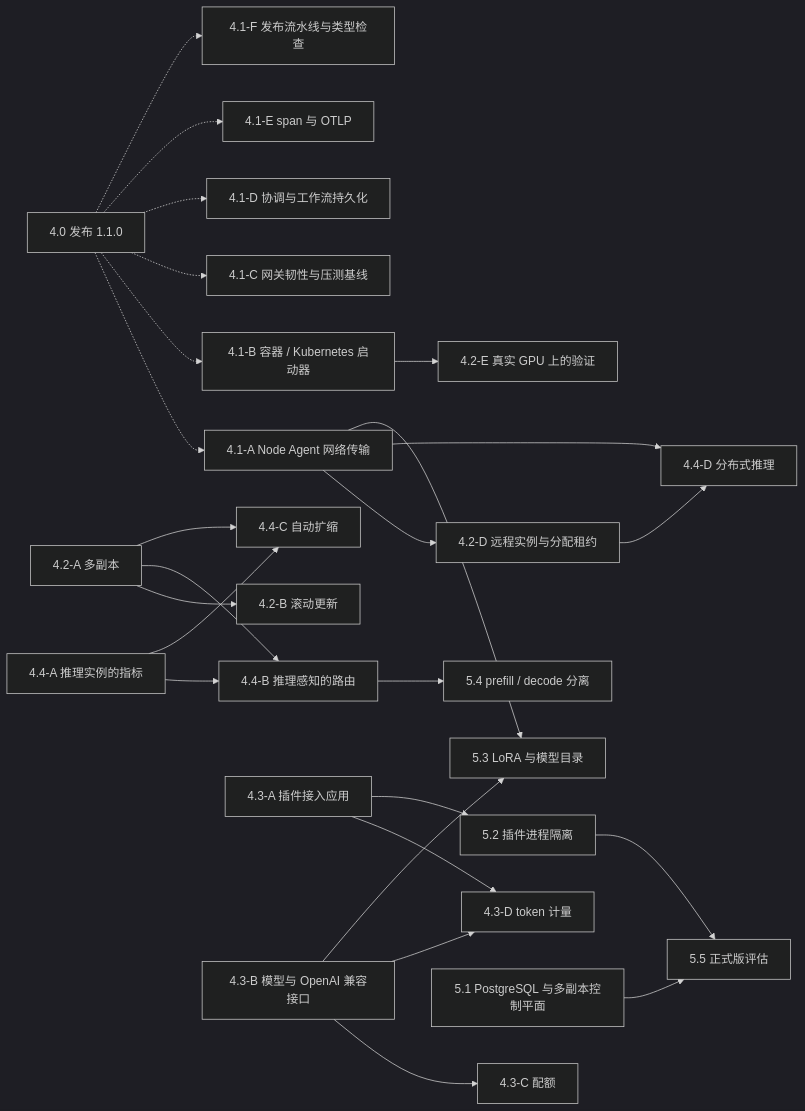
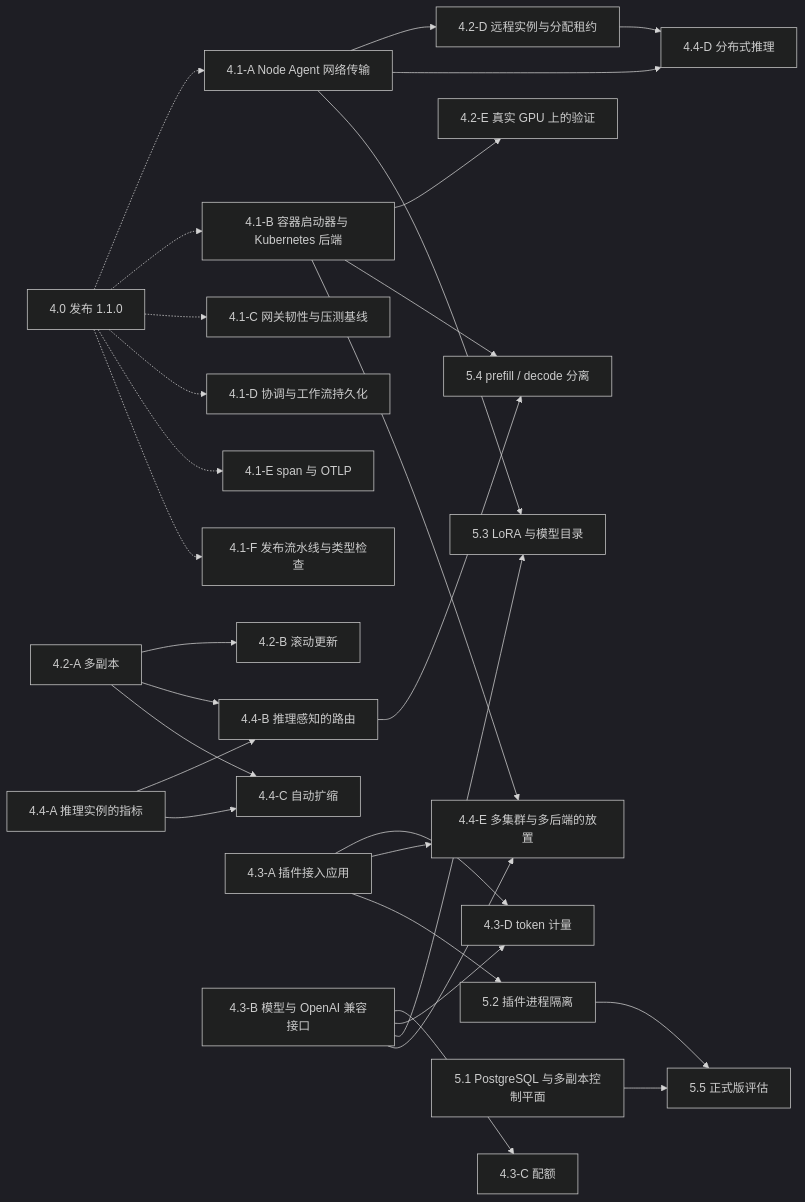
The diagram in docs/architecture/roadmap.md (KnightKKOP/ForgeMesh), drawn with Mermaid (dark theme) before and after one commit. The commit also changed other lines of this file and 1 other file, not shown here.

````diff
--- a/docs/architecture/roadmap.md
+++ b/docs/architecture/roadmap.md
@@ -38,27 +78,31 @@
 ```mermaid
 flowchart LR
   R["4.0 发布 1.1.0"] -.-> NA["4.1-A Node Agent 网络传输"]
-  R -.-> CL["4.1-B 容器 / Kubernetes 启动器"]
+  R -.-> CL["4.1-B 容器启动器与 Kubernetes 后端"]
   R -.-> GW["4.1-C 网关韧性与压测基线"]
   R -.-> WF["4.1-D 协调与工作流持久化"]
   R -.-> OT["4.1-E span 与 OTLP"]
   R -.-> PL["4.1-F 发布流水线与类型检查"]
   NA --> RI["4.2-D 远程实例与分配租约"]
   CL --> GV["4.2-E 真实 GPU 上的验证"]
   RP["4.2-A 多副本"] --> RU["4.2-B 滚动更新"]
   RP --> RT["4.4-B 推理感知的路由"]
   RP --> AS["4.4-C 自动扩缩"]
   IM["4.4-A 推理实例的指标"] --> RT
   IM --> AS
   PI["4.3-A 插件接入应用"] --> MT["4.3-D token 计量"]
   MO["4.3-B 模型与 OpenAI 兼容接口"] --> QT["4.3-C 配额"]
   MO --> MT
   NA --> DI["4.4-D 分布式推理"]
   RI --> DI
   MO --> LO["5.3 LoRA 与模型目录"]
   NA --> LO
   RT --> PD["5.4 prefill / decode 分离"]
+  CL --> PD
+  CL --> PLC["4.4-E 多集群与多后端的放置"]
+  PI --> PLC
+  MO --> PLC
   PI --> ISO["5.2 插件进程隔离"]
   PG["5.1 PostgreSQL 与多副本控制平面"] --> GA["5.5 正式版评估"]
   ISO --> GA
 ```
````
